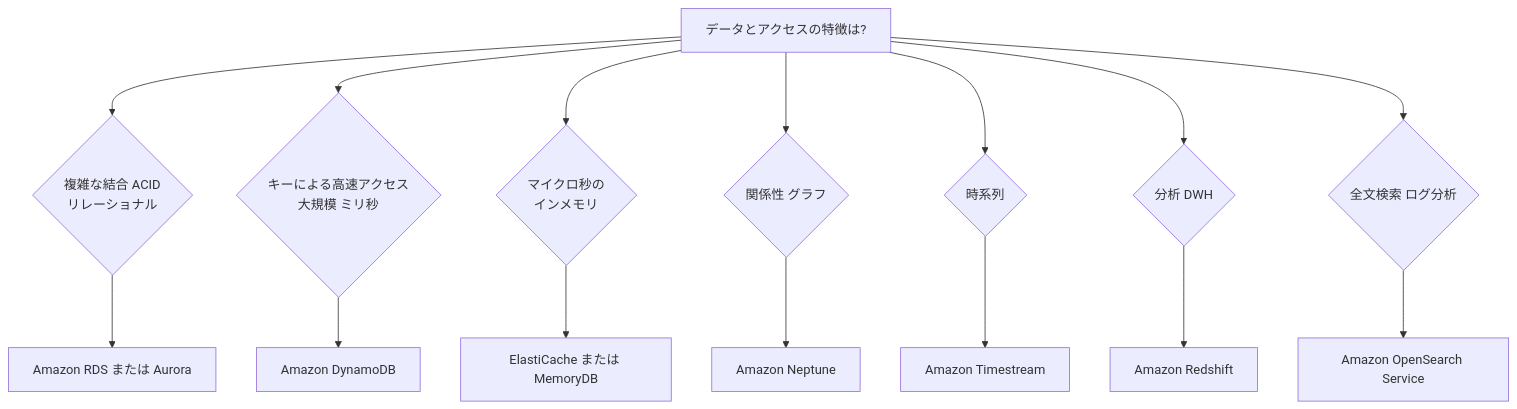
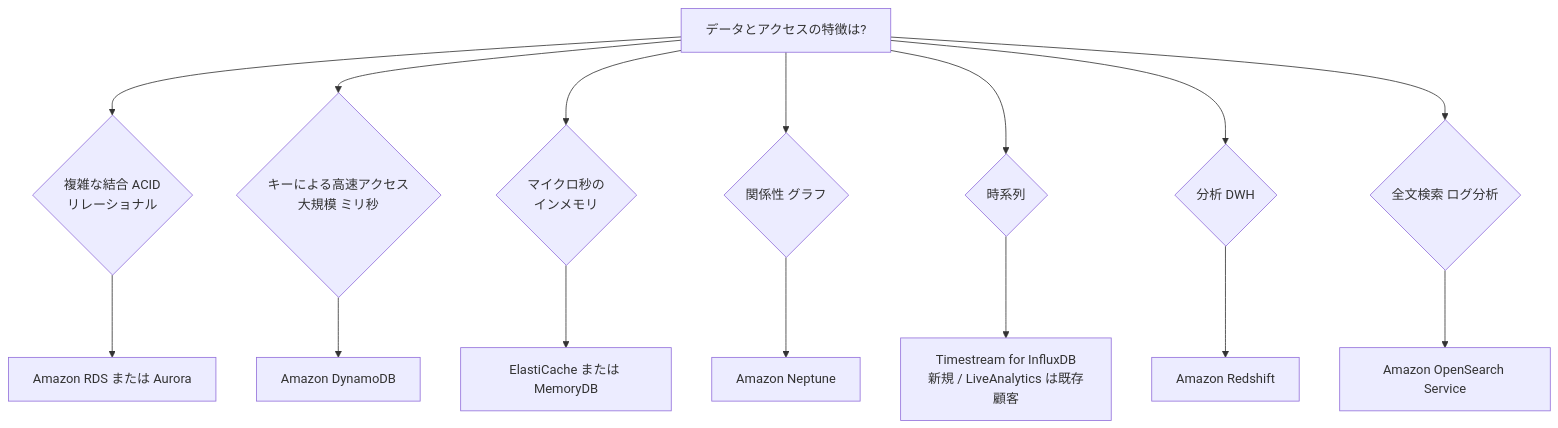
Before and after one commit to myoshi2891/Cloud-Infrastructure-and-Network-Studies: diagram 17 of 23 in Aws-sap-c02-domain2-guide.md, drawn with Mermaid. The commit also changed other lines of this file and 1 other file, not shown here.

Commit message:
docs(aws): update SAP-C02 domain 2 and 3 guides with Vault Lock, Timestream, CloudTrail and placement group details

````diff
--- a/Aws-sap-c02-domain2-guide.md
+++ b/Aws-sap-c02-domain2-guide.md
@@ -902,17 +902,17 @@
 ```mermaid
 flowchart TB
     Q["データとアクセスの特徴は?"] --> A{"複雑な結合 ACID<br/>リレーショナル"}
     Q --> B{"キーによる高速アクセス<br/>大規模 ミリ秒"}
     Q --> C{"マイクロ秒の<br/>インメモリ"}
     Q --> D{"関係性 グラフ"}
     Q --> E{"時系列"}
     Q --> F{"分析 DWH"}
     Q --> G{"全文検索 ログ分析"}
     A --> RDS["Amazon RDS または Aurora"]
     B --> DDB["Amazon DynamoDB"]
     C --> EC["ElastiCache または MemoryDB"]
     D --> NEP["Amazon Neptune"]
-    E --> TS["Amazon Timestream"]
+    E --> TS["Timestream for InfluxDB<br/>新規 / LiveAnalytics は既存顧客"]
     F --> RS["Amazon Redshift"]
     G --> OS["Amazon OpenSearch Service"]
 ```
````
